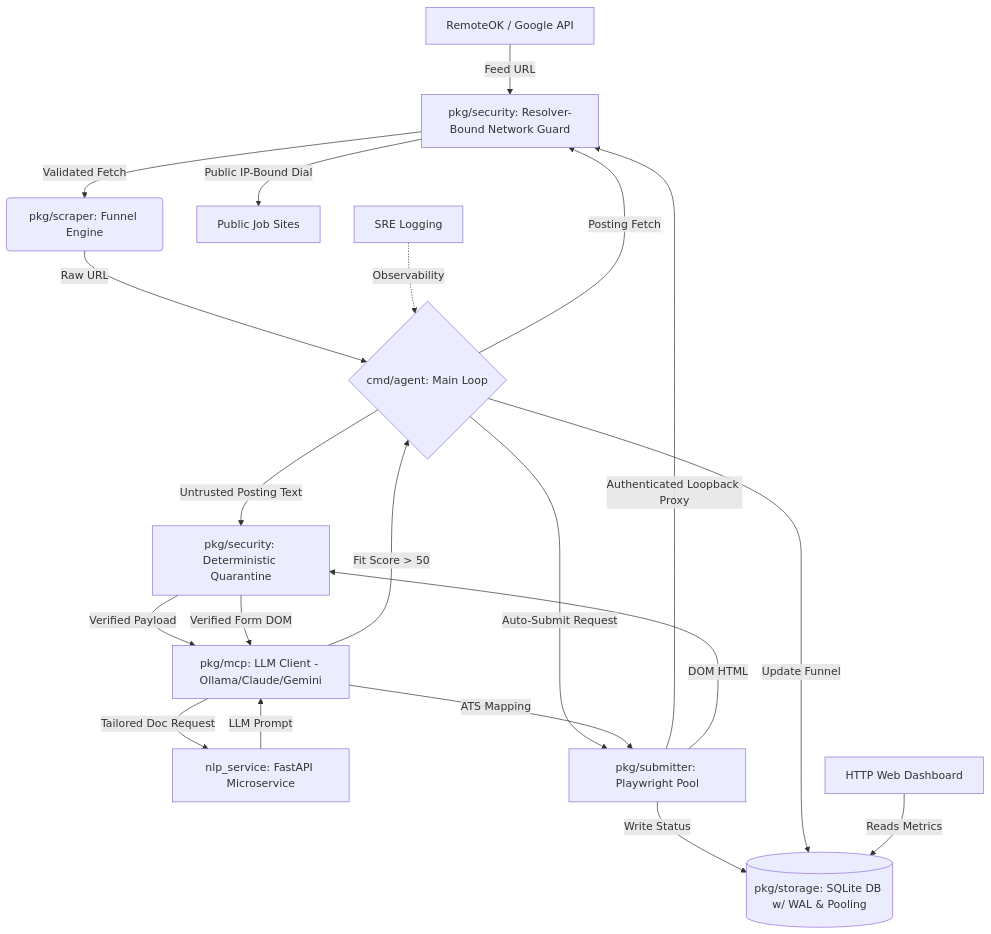
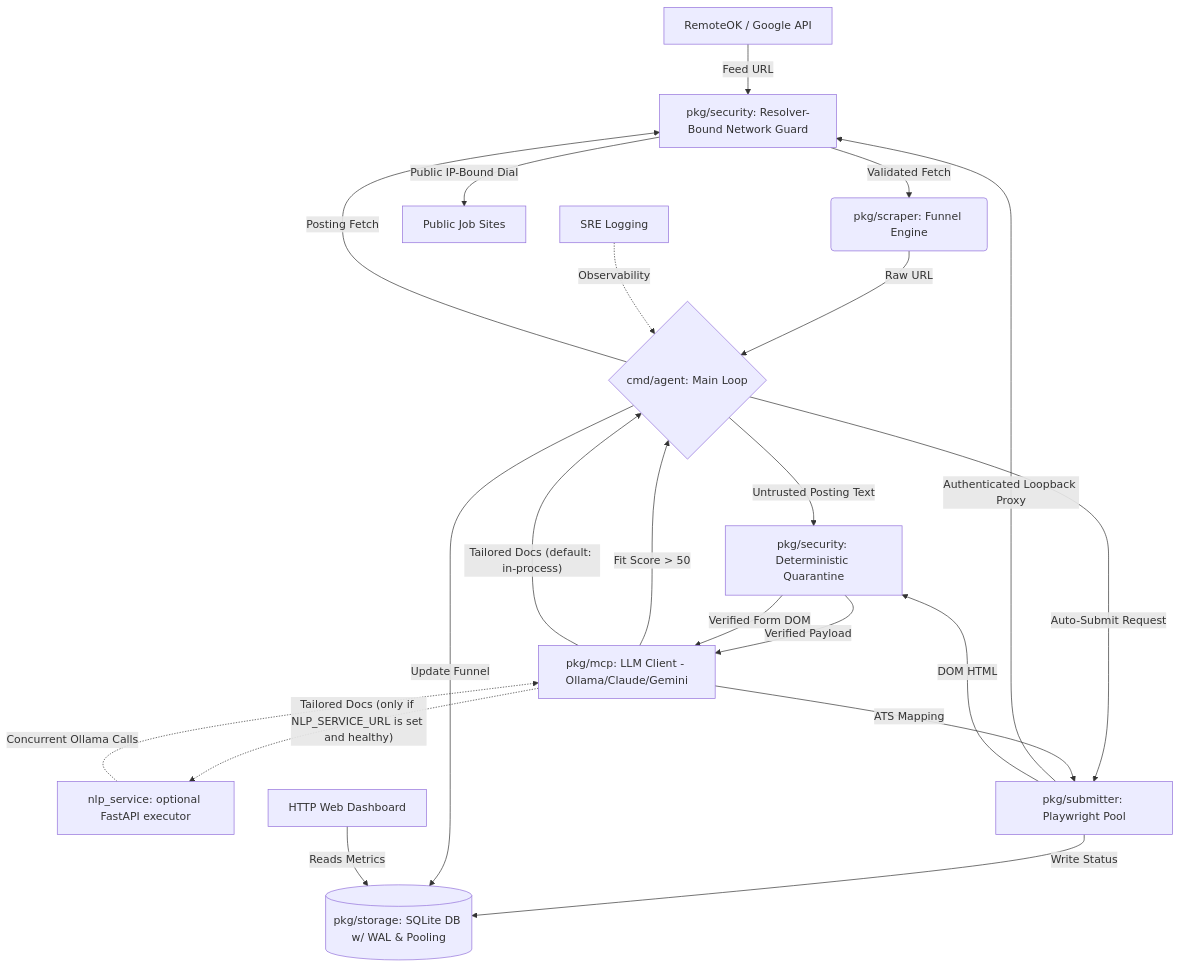
Before and after one commit to howlcipher/Career_Agent_Core: the diagram in README.md, drawn with Mermaid. The commit also changed other lines of this file and 15 other files, not shown here.

````diff
--- a/README.md
+++ b/README.md
@@ -45,26 +45,27 @@
 ```mermaid
 graph TD
     A[RemoteOK / Google API] -->|Feed URL| N[pkg/security: Resolver-Bound Network Guard]
     N -->|Validated Fetch| B(pkg/scraper: Funnel Engine)
     B -->|Raw URL| C{cmd/agent: Main Loop}
     
     C -->|Untrusted Posting Text| F[pkg/security: Deterministic Quarantine]
     F -->|Verified Payload| D[pkg/mcp: LLM Client - Ollama/Claude/Gemini]
     D -->|Fit Score > 50| C
-    D -->|Tailored Doc Request| P[nlp_service: FastAPI Microservice]
-    P -->|LLM Prompt| D
+    D -->|"Tailored Docs (default: in-process)"| C
+    D -.->|"Tailored Docs (only if NLP_SERVICE_URL is set and healthy)"| P[nlp_service: optional FastAPI executor]
+    P -.->|Concurrent Ollama Calls| D
 
     C -->|Auto-Submit Request| E[pkg/submitter: Playwright Pool]
     C -->|Posting Fetch| N
     E -->|Authenticated Loopback Proxy| N
     N -->|Public IP-Bound Dial| J[Public Job Sites]
     E -->|DOM HTML| F
     F -->|Verified Form DOM| D
     D -->|ATS Mapping| E
     
     E -->|Write Status| G[(pkg/storage: SQLite DB w/ WAL & Pooling)]
     C -->|Update Funnel| G
     
     H[HTTP Web Dashboard] -->|Reads Metrics| G
     I[SRE Logging] -.->|Observability| C
 ```
````
